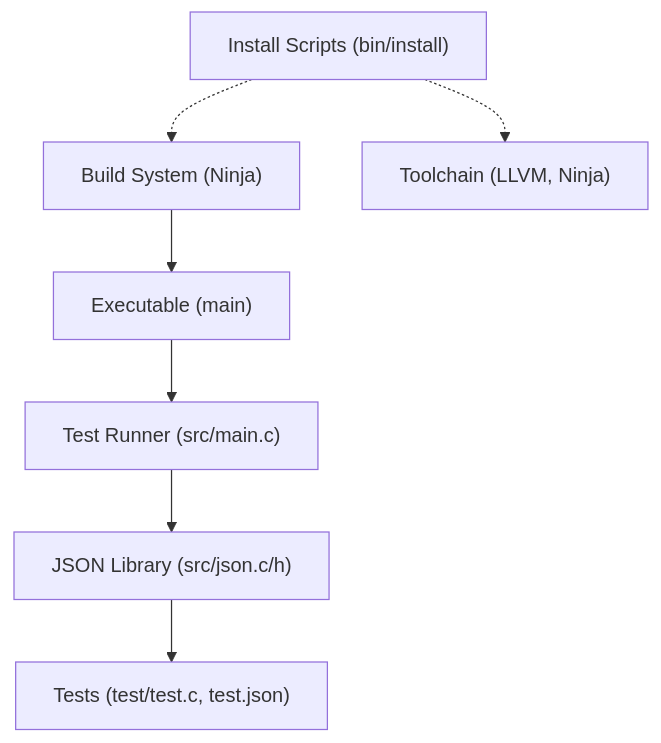
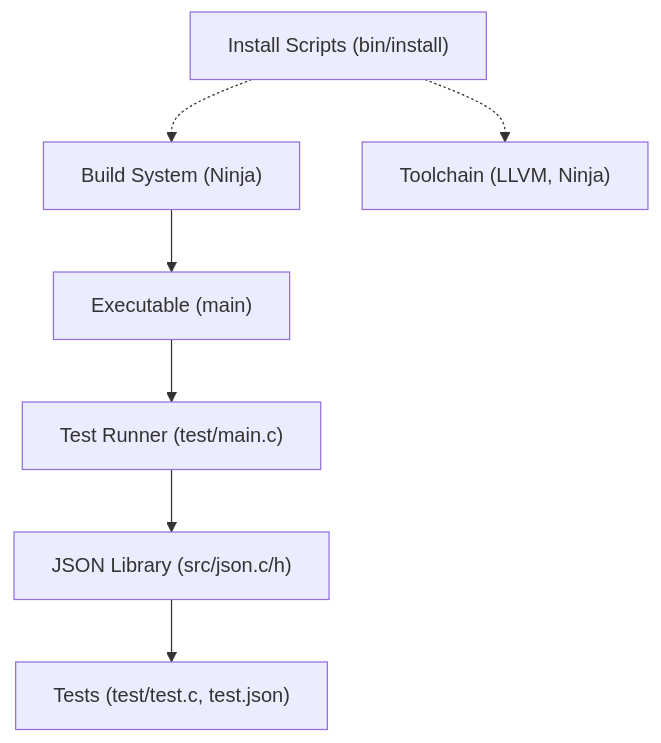
The first of 2 diagrams in docs/README.md (default-writer/c-json-parser), drawn with Mermaid before and after one commit. The commit also changed other lines of this file and 5 other files, not shown here.

Commit message:
updated main test executable location

````diff
--- a/docs/README.md
+++ b/docs/README.md
@@ -63,9 +63,9 @@
 ```mermaid
 graph TB
-TestRunner["Test Runner (src/main.c)"] --> JSONLib["JSON Library (src/json.c/h)"]
+TestRunner["Test Runner (test/main.c)"] --> JSONLib["JSON Library (src/json.c/h)"]
 JSONLib --> TestSuite["Tests (test/test.c, test.json)"]
 BuildSystem["Build System (Ninja)"] --> Executable["Executable (main)"]
 Executable --> TestRunner
 InstallScripts["Install Scripts (bin/install)"] -.-> BuildSystem
 InstallScripts -.-> Toolchain["Toolchain (LLVM, Ninja)"]
 ```
````
